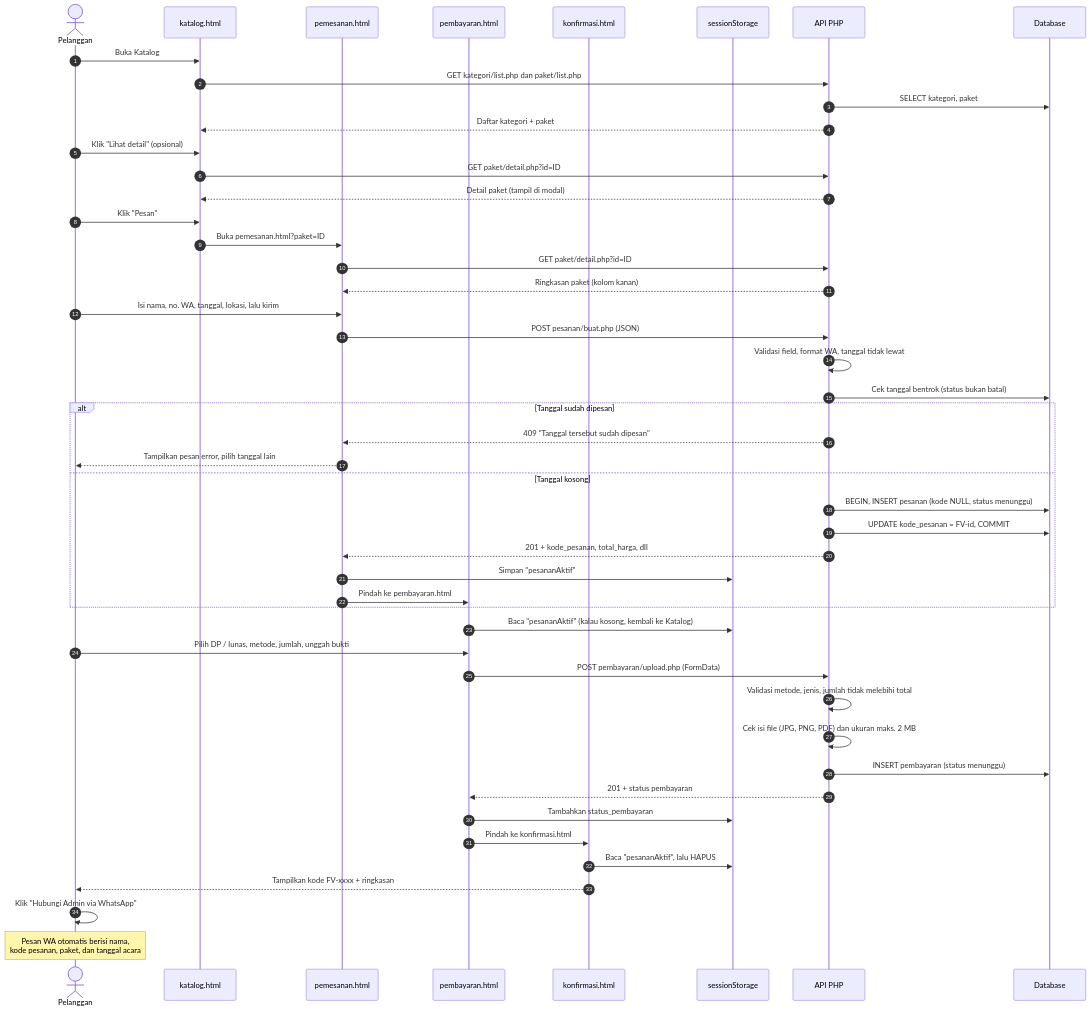
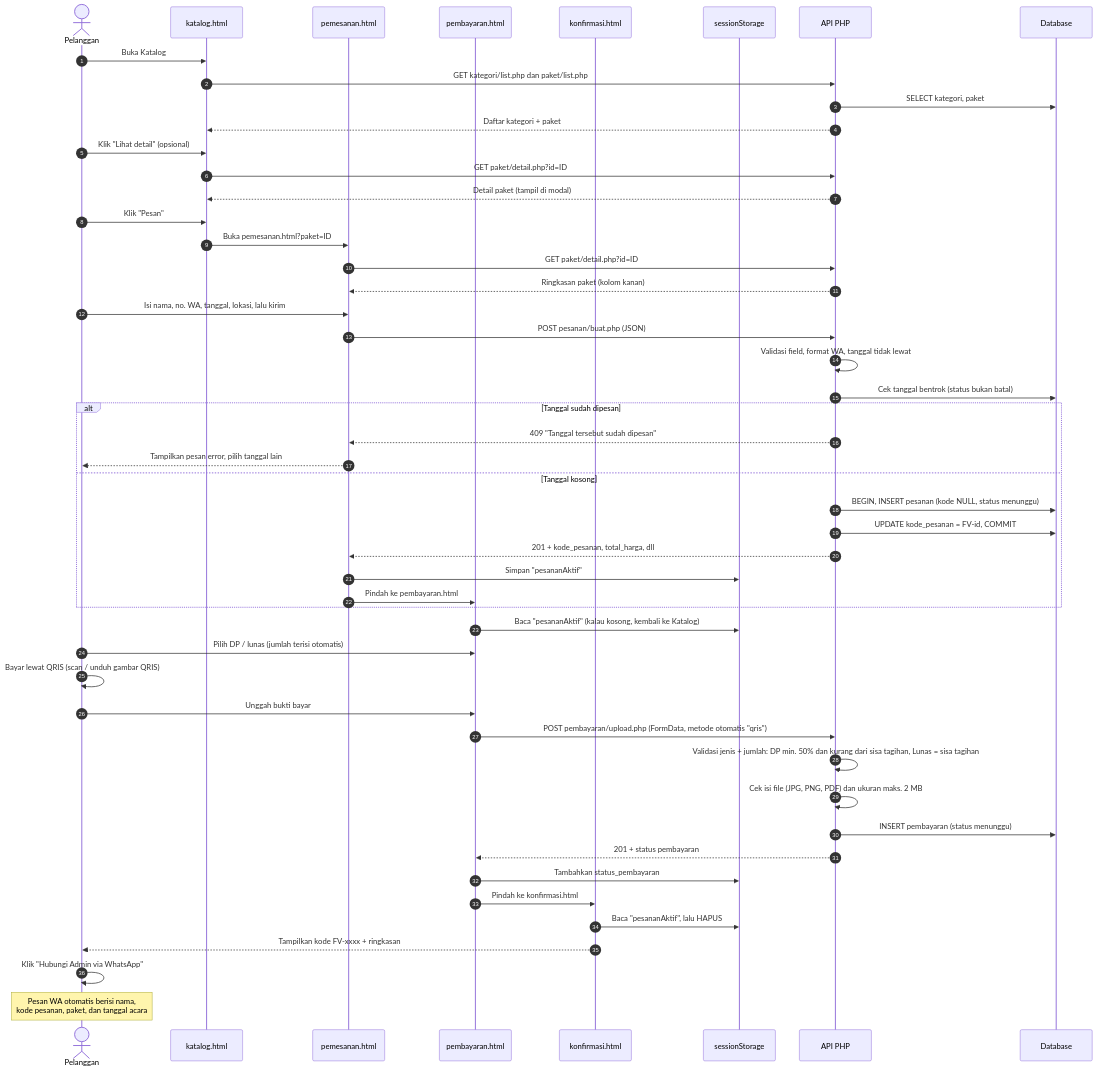
One commit to gustirizqon123-ops/Website_Jasa_PhotoVideo_SistemOperasi changed the second of 5 diagrams in ALUR-SISTEM.md. Above: the diagram before and after it, drawn with Mermaid. The commit also changed other lines of this file and 13 other files, not shown here.

````diff
--- a/ALUR-SISTEM.md
+++ b/ALUR-SISTEM.md
@@ -63,54 +63,56 @@
 ```mermaid
 sequenceDiagram
     autonumber
     actor P as Pelanggan
     participant K as katalog.html
     participant F as pemesanan.html
     participant B as pembayaran.html
     participant C as konfirmasi.html
     participant S as sessionStorage
     participant API as API PHP
     participant DB as Database
 
     P->>K: Buka Katalog
     K->>API: GET kategori/list.php dan paket/list.php
     API->>DB: SELECT kategori, paket
     API-->>K: Daftar kategori + paket
     P->>K: Klik "Lihat detail" (opsional)
     K->>API: GET paket/detail.php?id=ID
     API-->>K: Detail paket (tampil di modal)
     P->>K: Klik "Pesan"
     K->>F: Buka pemesanan.html?paket=ID
     F->>API: GET paket/detail.php?id=ID
     API-->>F: Ringkasan paket (kolom kanan)
 
     P->>F: Isi nama, no. WA, tanggal, lokasi, lalu kirim
     F->>API: POST pesanan/buat.php (JSON)
     API->>API: Validasi field, format WA, tanggal tidak lewat
     API->>DB: Cek tanggal bentrok (status bukan batal)
     alt Tanggal sudah dipesan
         API-->>F: 409 "Tanggal tersebut sudah dipesan"
         F-->>P: Tampilkan pesan error, pilih tanggal lain
     else Tanggal kosong
         API->>DB: BEGIN, INSERT pesanan (kode NULL, status menunggu)
         API->>DB: UPDATE kode_pesanan = FV-id, COMMIT
         API-->>F: 201 + kode_pesanan, total_harga, dll
         F->>S: Simpan "pesananAktif"
         F->>B: Pindah ke pembayaran.html
     end
 
     B->>S: Baca "pesananAktif" (kalau kosong, kembali ke Katalog)
-    P->>B: Pilih DP / lunas, metode, jumlah, unggah bukti
-    B->>API: POST pembayaran/upload.php (FormData)
-    API->>API: Validasi metode, jenis, jumlah tidak melebihi total
+    P->>B: Pilih DP / lunas (jumlah terisi otomatis)
+    P->>P: Bayar lewat QRIS (scan / unduh gambar QRIS)
+    P->>B: Unggah bukti bayar
+    B->>API: POST pembayaran/upload.php (FormData, metode otomatis "qris")
+    API->>API: Validasi jenis + jumlah: DP min. 50% dan kurang dari sisa tagihan, Lunas = sisa tagihan
     API->>API: Cek isi file (JPG, PNG, PDF) dan ukuran maks. 2 MB
     API->>DB: INSERT pembayaran (status menunggu)
     API-->>B: 201 + status pembayaran
     B->>S: Tambahkan status_pembayaran
     B->>C: Pindah ke konfirmasi.html
 
     C->>S: Baca "pesananAktif", lalu HAPUS
     C-->>P: Tampilkan kode FV-xxxx + ringkasan
     P->>P: Klik "Hubungi Admin via WhatsApp"
     Note over P: Pesan WA otomatis berisi nama,<br/>kode pesanan, paket, dan tanggal acara
 ```
````
